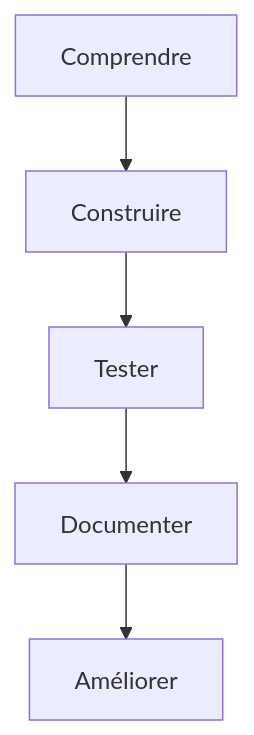
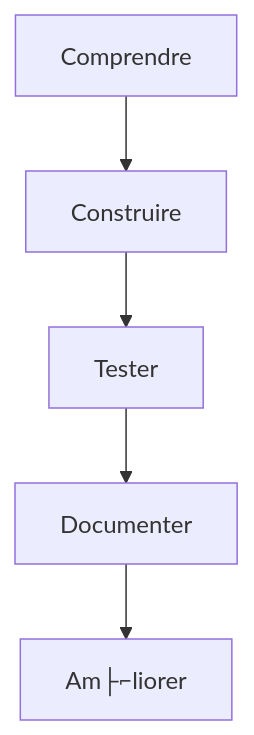
The eighth of 8 diagrams in docs/plan_dev.md (SP-MMIBdx/M2-weux-projet-dev-ux), drawn with Mermaid before and after one commit. The commit also changed other lines of this file and 2 other files, not shown here.

````diff
--- a/docs/plan_dev.md
+++ b/docs/plan_dev.md
@@ -820,12 +608,12 @@
 ```mermaid
 flowchart TD
     N0["Comprendre"]
     N1["Construire"]
     N2["Tester"]
     N3["Documenter"]
-    N4["Améliorer"]
+    N4["Am├⌐liorer"]
     N0 --> N1
     N1 --> N2
     N2 --> N3
     N3 --> N4
 ```
````
